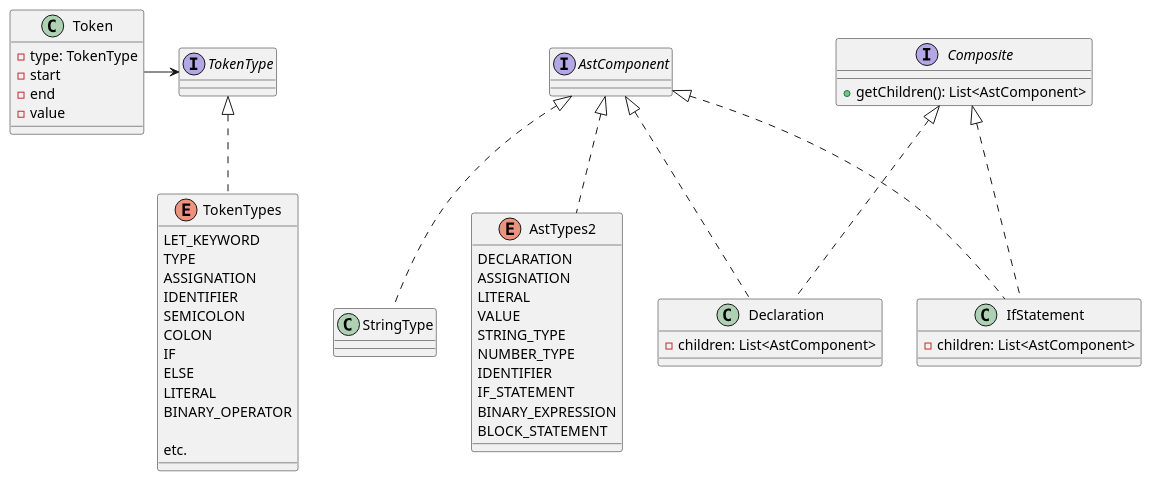
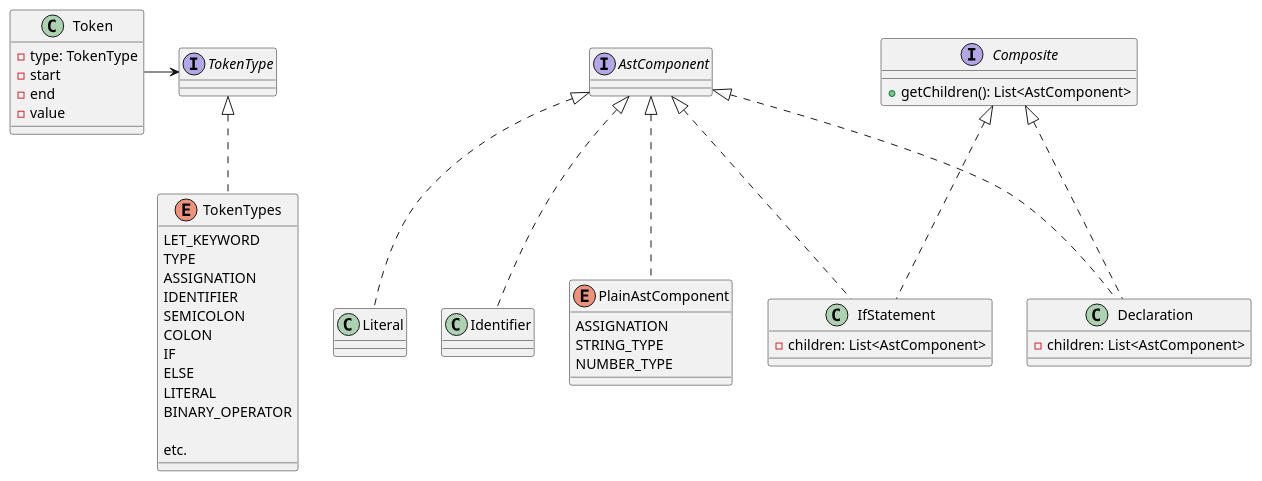
One commit to Al-Fajor/printscript changed the diagram in diagrams/models.puml. Above: the diagram before and after it, drawn with PlantUML. The commit also changed 3 other files, not shown here.

```diff
--- a/diagrams/models.puml
+++ b/diagrams/models.puml
@@ -1,126 +1,118 @@
 @startuml
 'interface Lexer {
 '+ lex(char[]): List<Token>
 '}
 'interface Parser
 'interface Interpreter {
 '}
 
 'class Runner
 
 'class Token {
 'TokenType type
 'Integer start
 'Integer end
 'String value
 '}
 
 'interface Token {
 'getStart(): Integer
 'getEnd(): Integer
 'getValue(): String
 '}
 '
 'class StringToken implements Token {
 '
 '}
 '
 'class NumberToken implements Token {
 '
 '}
 
 class Token {
 - type: TokenType
 - start
 - end
 - value
 }
 interface TokenType {
 }
 enum TokenTypes implements TokenType {
 LET_KEYWORD
 TYPE
 ASSIGNATION
 IDENTIFIER
 SEMICOLON
 COLON
 IF
 ELSE
 LITERAL
 BINARY_OPERATOR
 
 etc.
 }
 Token -> TokenType
 
 'class Ast {
 '    AstType type
 '    List<Ast> children
 '}
 '
 'Ast --> AstType
 '
 'interface AstType {
 '
 '}
 
 'enum AstTypes implements AstType {
 '    DECLARATION
 '    ASSIGNATION
 '    LITERAL
 '    VALUE
 '    STRING_TYPE
 '    NUMBER_TYPE
 '    IDENTIFIER
 '    IF_STATEMENT
 '    BINARY_EXPRESSION
 '    BLOCK_STATEMENT
 '
 '}
 
 'Ast *-> Ast
 
 'Runner --> Lexer
 'Runner --> Parser
 'Runner --> Interpreter
 
 'Ast *-> Token
 '
 'Lexer --> Token
 'Parser --> Token
 'Parser --> Ast
 'Interpreter --> Ast
 
 interface AstComponent {
 
 }
 
-class StringType implements AstComponent {
+class Literal implements AstComponent
+class Identifier implements AstComponent
 
-}
 class Declaration implements AstComponent, Composite {
 - children: List<AstComponent>
 }
 class IfStatement implements AstComponent, Composite {
 - children: List<AstComponent>
 }
 
 interface Composite {
 + getChildren(): List<AstComponent>
 }
 
-enum AstTypes2 implements AstComponent {
-    DECLARATION
+enum PlainAstComponent implements AstComponent {
     ASSIGNATION
-    LITERAL
-    VALUE
     STRING_TYPE
     NUMBER_TYPE
-    IDENTIFIER
-    IF_STATEMENT
-    BINARY_EXPRESSION
-    BLOCK_STATEMENT
-
 }
 
 @enduml
```
